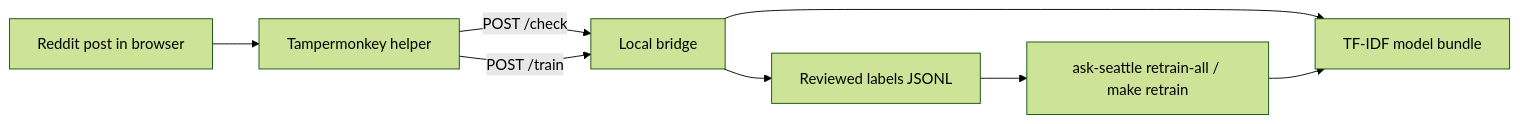
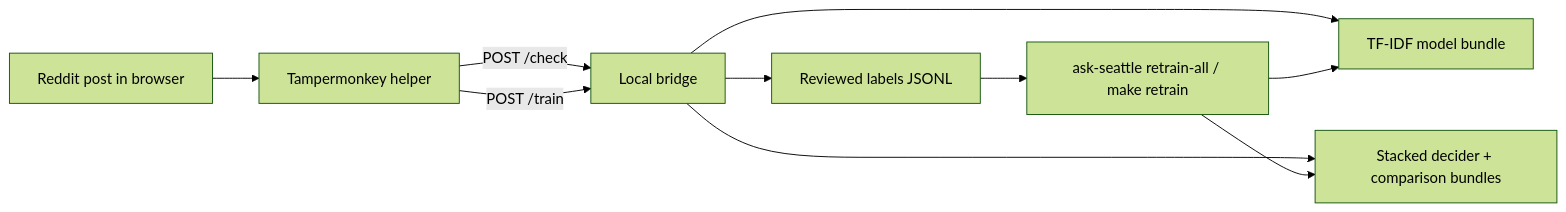
One commit to sayhiben/ask-seattle changed the diagram in README.md. Above: the diagram before and after it, drawn with Mermaid (forest theme). The commit also changed other lines of this file and 21 other files, not shown here.

Commit message:
Train stacked decider on OOF transformer scores

````diff
--- a/README.md
+++ b/README.md
@@ -34,10 +35,12 @@
 ```mermaid
 flowchart LR
     A["Reddit post in browser"] --> B["Tampermonkey helper"]
     B -->|"POST /check"| C["Local bridge"]
     B -->|"POST /train"| C
     C --> D["TF-IDF model bundle"]
+    C --> G["Stacked decider + comparison bundles"]
     C --> E["Reviewed labels JSONL"]
     E --> F["ask-seattle retrain-all / make retrain"]
     F --> D
+    F --> G
 ```
````
